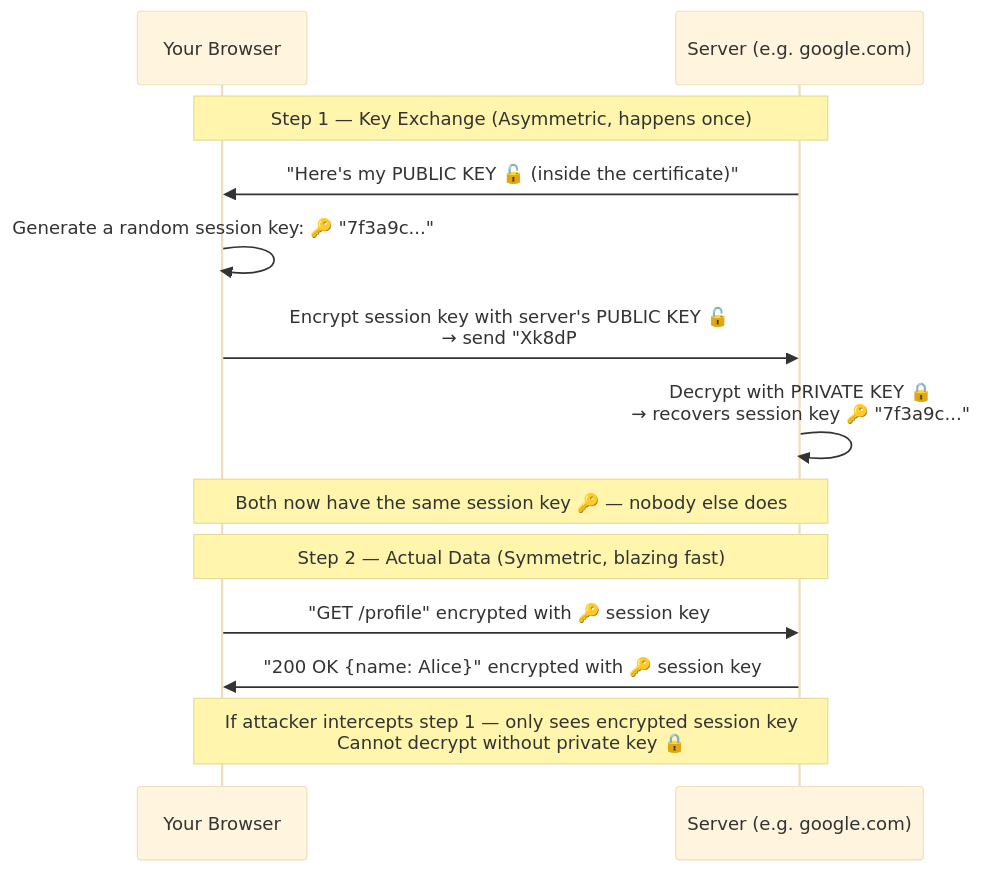
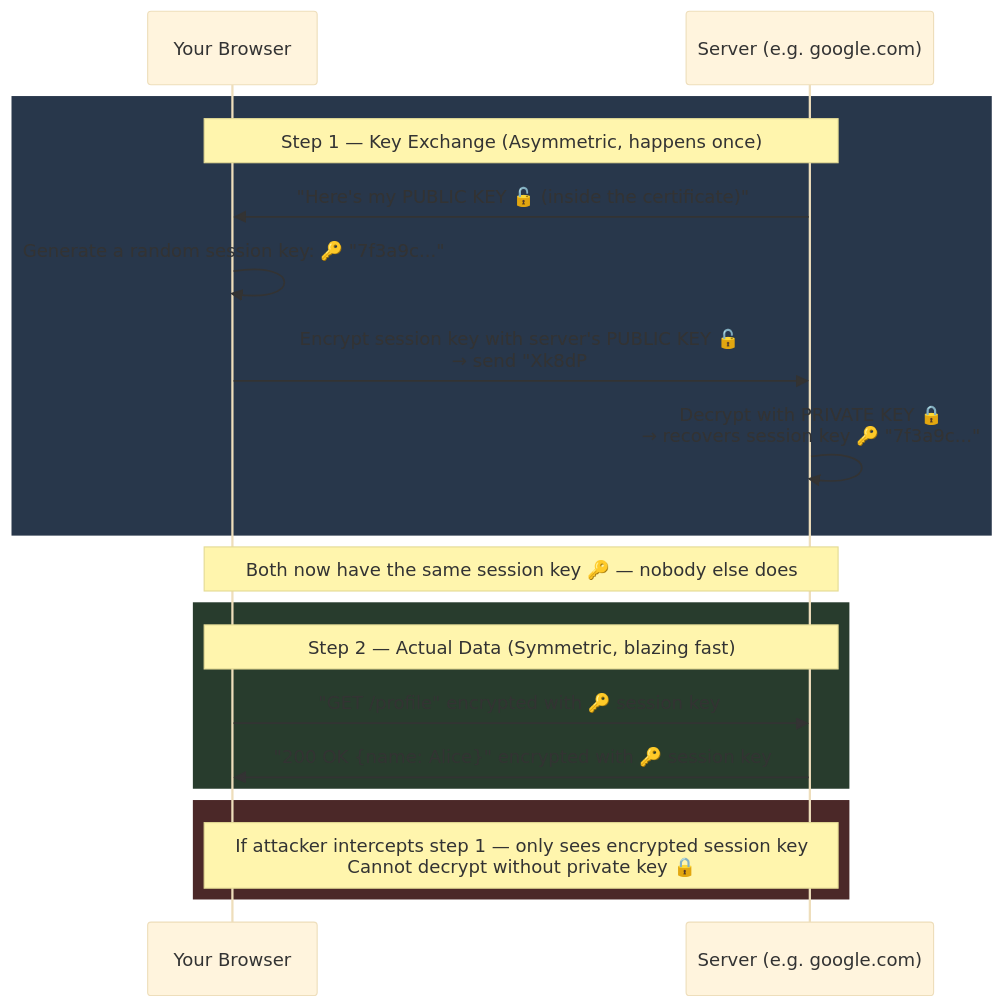
Before and after one commit to deepanshu-rawat6/DevOpsIndex: the third of 13 diagrams in networking/tls-encryption.md, drawn with Mermaid (base theme). The commit also changed other lines of this file and 8 other files, not shown here.

````diff
--- a/networking/tls-encryption.md
+++ b/networking/tls-encryption.md
@@ -54,19 +72,25 @@
 ```mermaid
 sequenceDiagram
     participant C as Your Browser
     participant S as Server (e.g. google.com)
 
+    rect rgb(40, 55, 75)
     Note over C,S: Step 1 — Key Exchange (Asymmetric, happens once)
     S->>C: "Here's my PUBLIC KEY 🔓 (inside the certificate)"
     C->>C: Generate a random session key: 🔑 "7f3a9c..."
-    C->>S: Encrypt session key with server's PUBLIC KEY 🔓<br>→ send "Xk8dP#!" (only server can decrypt)
-    S->>S: Decrypt with PRIVATE KEY 🔒<br>→ recovers session key 🔑 "7f3a9c..."
+    C->>S: Encrypt session key with server's PUBLIC KEY 🔓<br/>→ send "Xk8dP#!" (only server can decrypt)
+    S->>S: Decrypt with PRIVATE KEY 🔒<br/>→ recovers session key 🔑 "7f3a9c..."
+    end
 
     Note over C,S: Both now have the same session key 🔑 — nobody else does
 
+    rect rgb(40, 60, 45)
     Note over C,S: Step 2 — Actual Data (Symmetric, blazing fast)
     C->>S: "GET /profile" encrypted with 🔑 session key
     S->>C: "200 OK {name: Alice}" encrypted with 🔑 session key
+    end
 
-    Note over C,S: If attacker intercepts step 1 — only sees encrypted session key<br>Cannot decrypt without private key 🔒
+    rect rgb(75, 40, 40)
+    Note over C,S: If attacker intercepts step 1 — only sees encrypted session key<br/>Cannot decrypt without private key 🔒
+    end
 ```
````
